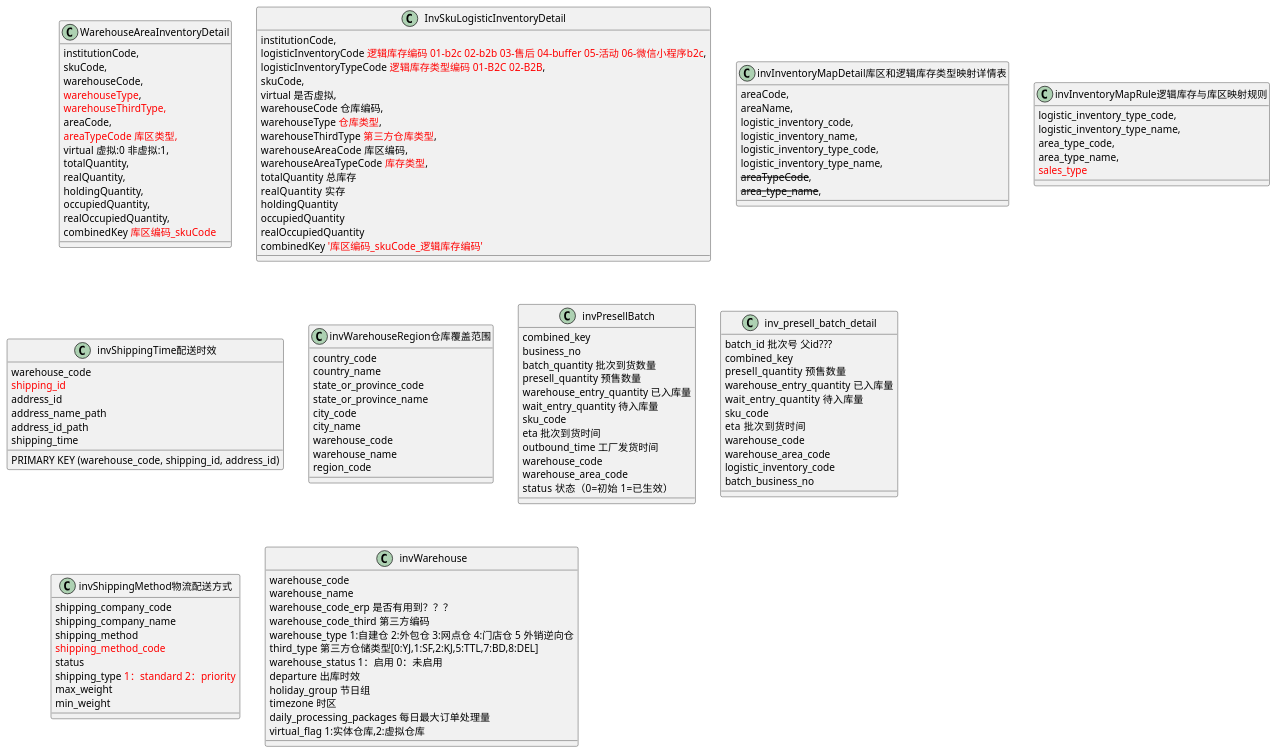
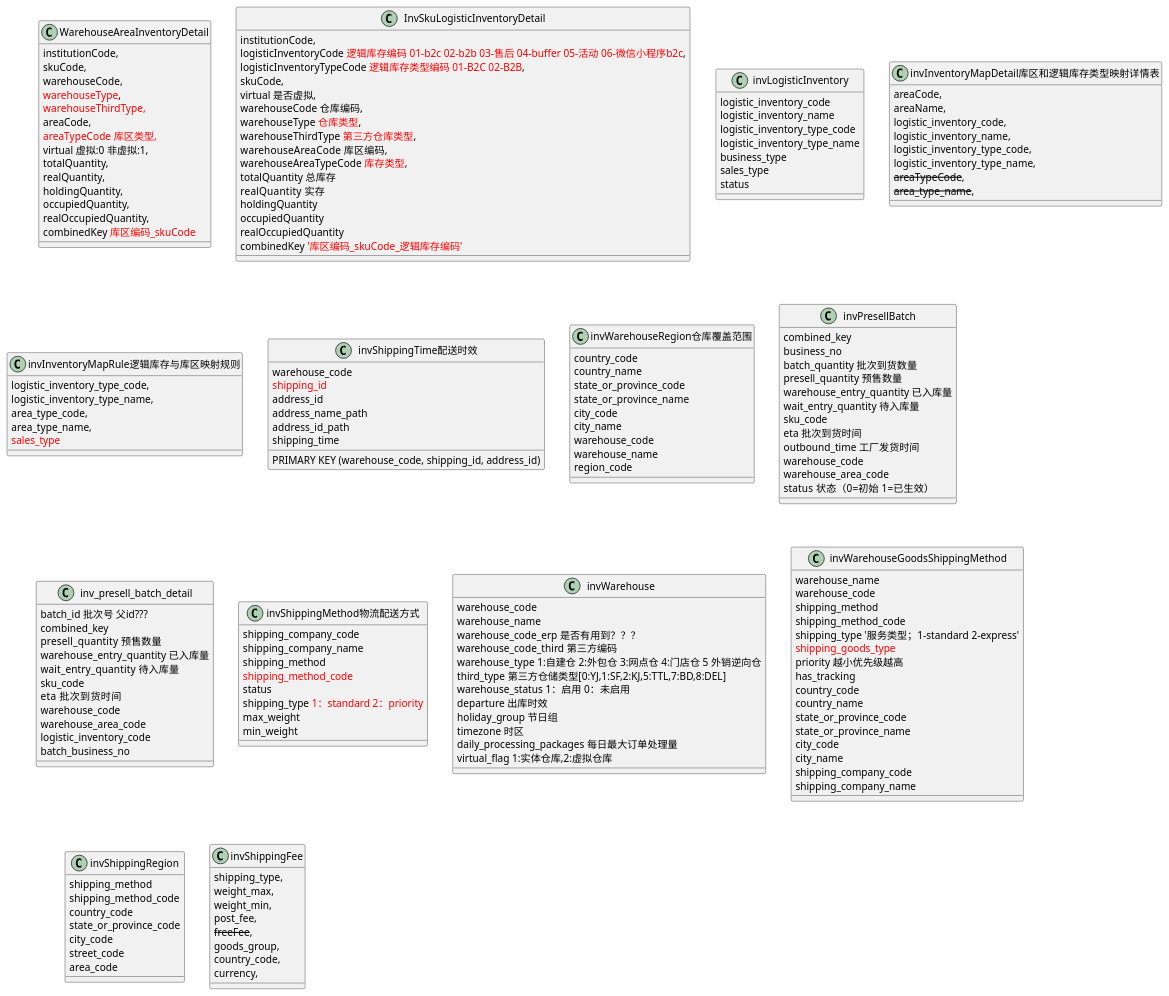
One commit to newbigTech/myDesignPattern changed the diagram in uml/inventory/InventoryDetail.puml. Above: the diagram before and after it, drawn with PlantUML. The commit also changed 2 other files, not shown here.

Commit message:
uml commit

```diff
--- a/uml/inventory/InventoryDetail.puml
+++ b/uml/inventory/InventoryDetail.puml
@@ -1,136 +1,184 @@
 @startuml
 class WarehouseAreaInventoryDetail {
     institutionCode,
     skuCode,
     warehouseCode,
     <font color=red>warehouseType</font>,
     <font color=red>warehouseThirdType<font color=red>,
     areaCode,
     <font color=red>areaTypeCode 库区类型,
     virtual 虚拟:0 非虚拟:1,
     totalQuantity,
     realQuantity,
     holdingQuantity,
     occupiedQuantity,
     realOccupiedQuantity,
     combinedKey <font color=red>库区编码_skuCode<font color=red>
 }
 
 class InvSkuLogisticInventoryDetail {
     institutionCode,
     logisticInventoryCode <font color=red>逻辑库存编码 01-b2c 02-b2b 03-售后 04-buffer 05-活动 06-微信小程序b2c</font>,
     logisticInventoryTypeCode <font color=red>逻辑库存类型编码 01-B2C 02-B2B</font>,
     skuCode,
     virtual 是否虚拟,
     warehouseCode 仓库编码,
     warehouseType <font color=red>仓库类型</font>,
     warehouseThirdType <font color=red>第三方仓库类型</font>,
     warehouseAreaCode  库区编码,
     warehouseAreaTypeCode <font color=red>库存类型</font>,
     totalQuantity 总库存
     realQuantity  实存
     holdingQuantity
     occupiedQuantity
     realOccupiedQuantity
     combinedKey <font color=red>'库区编码_skuCode_逻辑库存编码'</font>
 }
 
+class invLogisticInventory{
+    logistic_inventory_code
+    logistic_inventory_name
+    logistic_inventory_type_code
+    logistic_inventory_type_name
+    business_type
+    sales_type
+    status
+}
+
 class invInventoryMapDetail库区和逻辑库存类型映射详情表{
     areaCode,
     areaName,
     logistic_inventory_code,
     logistic_inventory_name,
     logistic_inventory_type_code,
     logistic_inventory_type_name,
     --areaTypeCode--,
     --area_type_name--,
 }
 
 class invInventoryMapRule逻辑库存与库区映射规则 {
-logistic_inventory_type_code,
-logistic_inventory_type_name,
-area_type_code,
-area_type_name,
-<font color=red>sales_type</font>
+    logistic_inventory_type_code,
+    logistic_inventory_type_name,
+    area_type_code,
+    area_type_name,
+    <font color=red>sales_type</font>
 }
 
 class invShippingTime配送时效{
     warehouse_code
     <font color=red>shipping_id</font>
     address_id
     address_name_path
     address_id_path
     shipping_time
     PRIMARY KEY (warehouse_code, shipping_id, address_id)
 }
 
 class invWarehouseRegion仓库覆盖范围{
     country_code
     country_name
     state_or_province_code
     state_or_province_name
     city_code
     city_name
     warehouse_code
     warehouse_name
     region_code
 }
 
 class invPresellBatch{
     combined_key
     business_no
     batch_quantity 批次到货数量
     presell_quantity 预售数量
     warehouse_entry_quantity 已入库量
     wait_entry_quantity 待入库量
     sku_code
     eta 批次到货时间
     outbound_time 工厂发货时间
     warehouse_code
     warehouse_area_code
     status 状态（0=初始  1=已生效）
 }
 
 class inv_presell_batch_detail{
     batch_id 批次号 父id???
     combined_key
     presell_quantity  预售数量
     warehouse_entry_quantity 已入库量
     wait_entry_quantity  待入库量
     sku_code
     eta  批次到货时间
     warehouse_code
     warehouse_area_code
     logistic_inventory_code
     batch_business_no
 }
 
 class invShippingMethod物流配送方式 {
     shipping_company_code
     shipping_company_name
     shipping_method
     <font color=red>shipping_method_code</font>
     status
     shipping_type <font color=red>1：standard 2：priority</font>
     max_weight
     min_weight
 }
 
 class invWarehouse {
     warehouse_code
     warehouse_name
     warehouse_code_erp 是否有用到？？？
     warehouse_code_third 第三方编码
     warehouse_type 1:自建仓 2:外包仓 3:网点仓 4:门店仓 5 外销逆向仓
     third_type 第三方仓储类型[0:YJ,1:SF,2:KJ,5:TTL,7:BD,8:DEL]
     warehouse_status 1：启用 0：未启用
     departure 出库时效
     holiday_group 节日组
     timezone 时区
     daily_processing_packages 每日最大订单处理量
     virtual_flag 1:实体仓库,2:虚拟仓库
 }
 
+class invWarehouseGoodsShippingMethod {
+    warehouse_name
+    warehouse_code
+    shipping_method
+    shipping_method_code
+    shipping_type '服务类型；1-standard 2-express'
+    <font color=red>shipping_goods_type</font>
+    priority 越小优先级越高
+    has_tracking
+    country_code
+    country_name
+    state_or_province_code
+    state_or_province_name
+    city_code
+    city_name
+    shipping_company_code
+    shipping_company_name
+}
 
+class invShippingRegion{
+shipping_method
+shipping_method_code
+country_code
+state_or_province_code
+city_code
+street_code
+area_code
+}
+
+class invShippingFee{
+    shipping_type,
+    weight_max,
+    weight_min,
+    post_fee,
+    --freeFee--,
+    goods_group,
+    country_code,
+    currency,
+}
 
 @enduml
```
